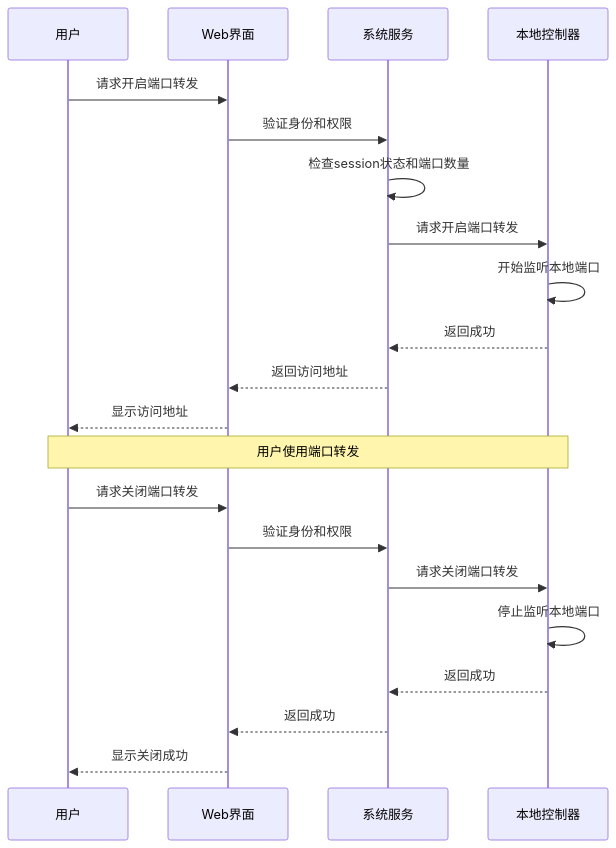
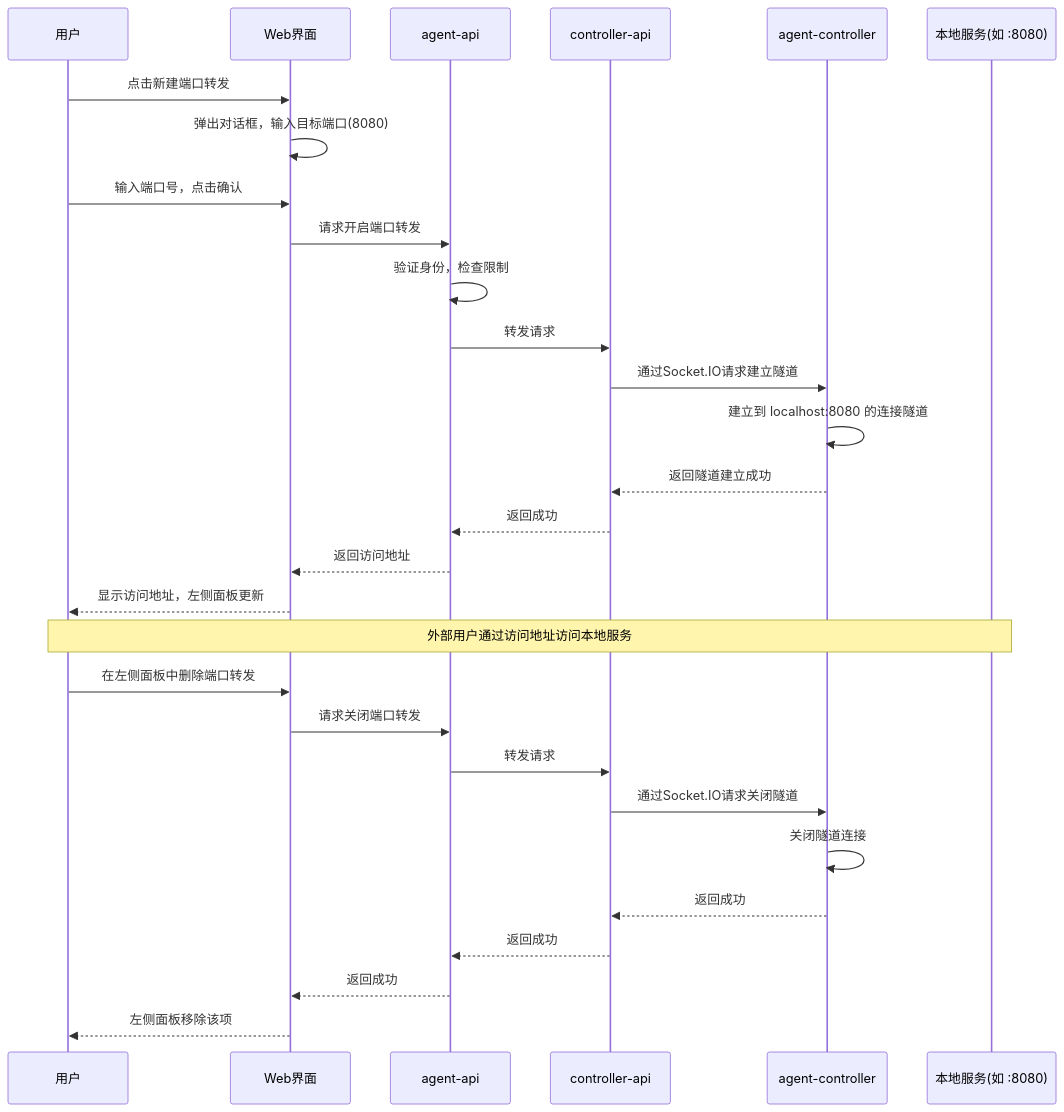
The diagram in docs/product/draft/20260527-port-forwarding-for-local-agent-controller.md (Deliay/z-agent-gear), drawn with Mermaid before and after one commit. The commit also changed other lines of this file, not shown here.

````diff
--- a/docs/product/draft/20260527-port-forwarding-for-local-agent-controller.md
+++ b/docs/product/draft/20260527-port-forwarding-for-local-agent-controller.md
@@ -94,26 +116,34 @@
 ```mermaid
 sequenceDiagram
     participant U as 用户
     participant W as Web界面
-    participant S as 系统服务
-    participant L as 本地控制器
+    participant A as agent-api
+    participant C as controller-api
+    participant L as agent-controller
+    participant S as 本地服务(如 :8080)
 
-    U->>W: 请求开启端口转发
-    W->>S: 验证身份和权限
-    S->>S: 检查session状态和端口数量
-    S->>L: 请求开启端口转发
-    L->>L: 开始监听本地端口
-    L-->>S: 返回成功
-    S-->>W: 返回访问地址
-    W-->>U: 显示访问地址
+    U->>W: 点击新建端口转发
+    W->>W: 弹出对话框，输入目标端口(8080)
+    U->>W: 输入端口号，点击确认
+    W->>A: 请求开启端口转发
+    A->>A: 验证身份，检查限制
+    A->>C: 转发请求
+    C->>L: 通过Socket.IO请求建立隧道
+    L->>L: 建立到 localhost:8080 的连接隧道
+    L-->>C: 返回隧道建立成功
+    C-->>A: 返回成功
+    A-->>W: 返回访问地址
+    W-->>U: 显示访问地址，左侧面板更新
 
-    Note over U,L: 用户使用端口转发
+    Note over U,S: 外部用户通过访问地址访问本地服务
 
-    U->>W: 请求关闭端口转发
-    W->>S: 验证身份和权限
-    S->>L: 请求关闭端口转发
-    L->>L: 停止监听本地端口
-    L-->>S: 返回成功
-    S-->>W: 返回成功
-    W-->>U: 显示关闭成功
+    U->>W: 在左侧面板中删除端口转发
+    W->>A: 请求关闭端口转发
+    A->>C: 转发请求
+    C->>L: 通过Socket.IO请求关闭隧道
+    L->>L: 关闭隧道连接
+    L-->>C: 返回成功
+    C-->>A: 返回成功
+    A-->>W: 返回成功
+    W-->>U: 左侧面板移除该项
 ```
````
